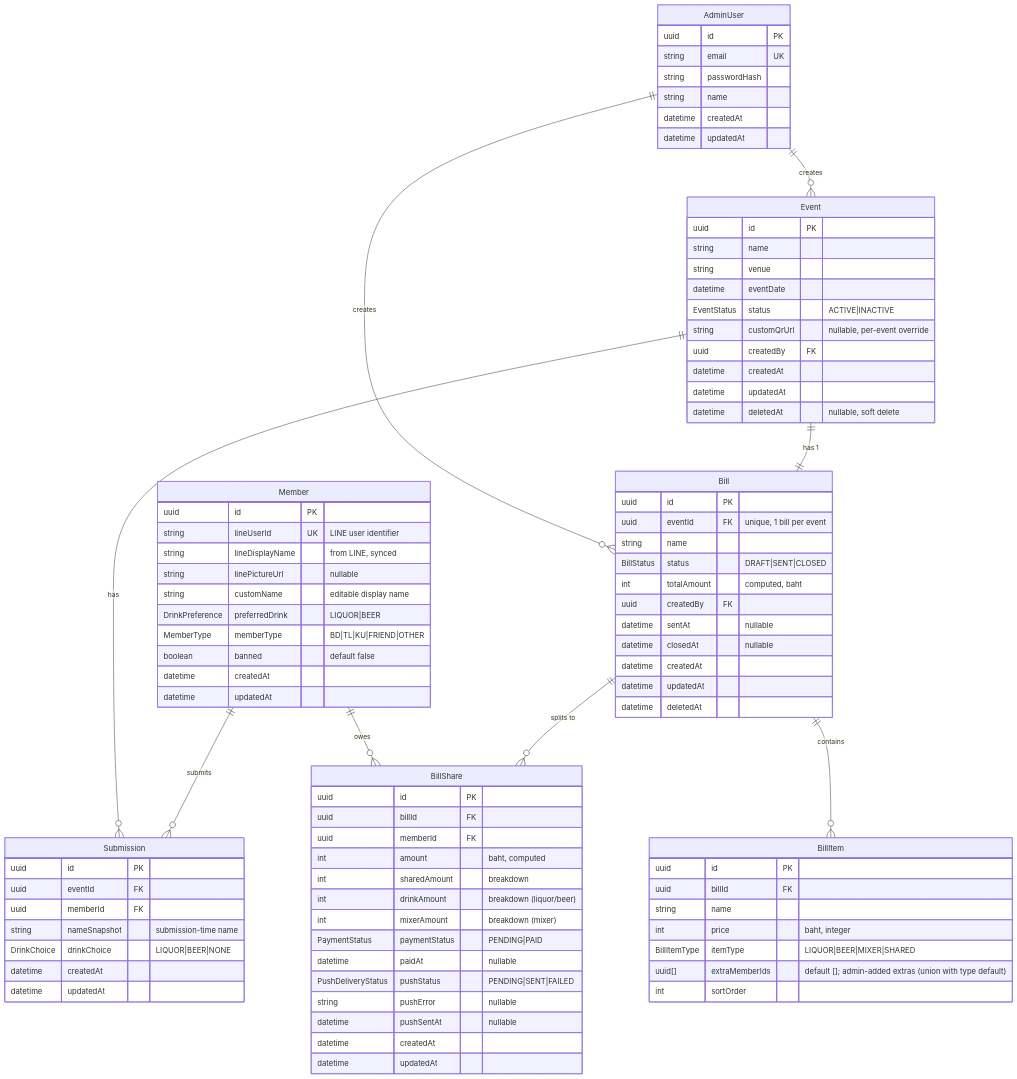
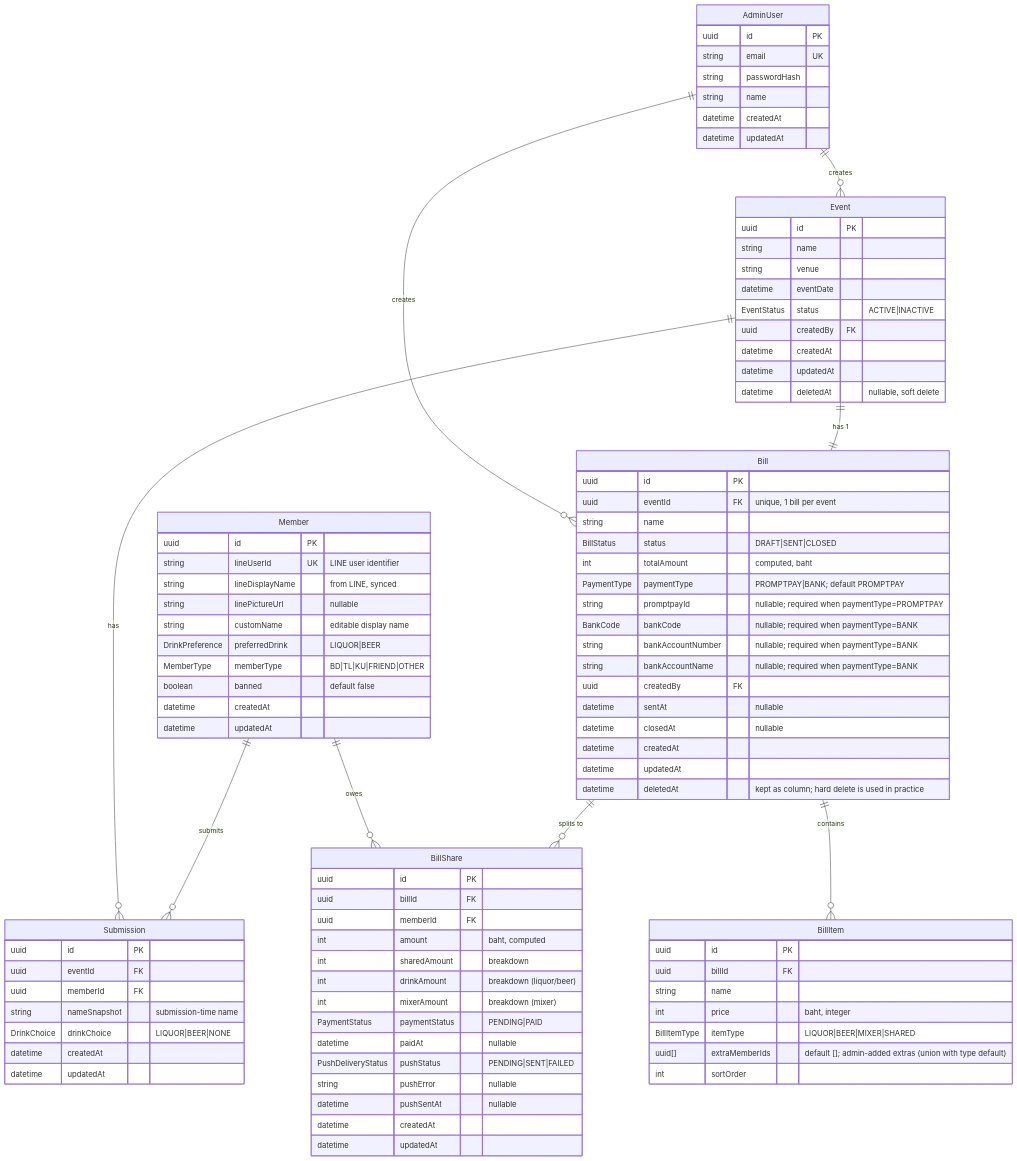
One commit to chankarn/MaoLeaw changed the second of 2 diagrams in docs/SA_BLUEPRINT.md. Above: the diagram before and after it, drawn with Mermaid. The commit also changed other lines of this file and 20 other files, not shown here.

First line of the commit message:
feat: per-bill payment channel (PromptPay or bank transfer)

```diff
--- a/docs/SA_BLUEPRINT.md
+++ b/docs/SA_BLUEPRINT.md
@@ -100,7 +100,6 @@
     string venue
     datetime eventDate
     EventStatus status "ACTIVE|INACTIVE"
-    string customQrUrl "nullable, per-event override"
     uuid createdBy FK
     datetime createdAt
     datetime updatedAt
@@ -123,12 +122,17 @@
     string name
     BillStatus status "DRAFT|SENT|CLOSED"
     int totalAmount "computed, baht"
+    PaymentType paymentType "PROMPTPAY|BANK; default PROMPTPAY"
+    string promptpayId "nullable; required when paymentType=PROMPTPAY"
+    BankCode bankCode "nullable; required when paymentType=BANK"
+    string bankAccountNumber "nullable; required when paymentType=BANK"
+    string bankAccountName "nullable; required when paymentType=BANK"
     uuid createdBy FK
     datetime sentAt "nullable"
     datetime closedAt "nullable"
     datetime createdAt
     datetime updatedAt
-    datetime deletedAt
+    datetime deletedAt "kept as column; hard delete is used in practice"
   }
 
   BillItem {
```
